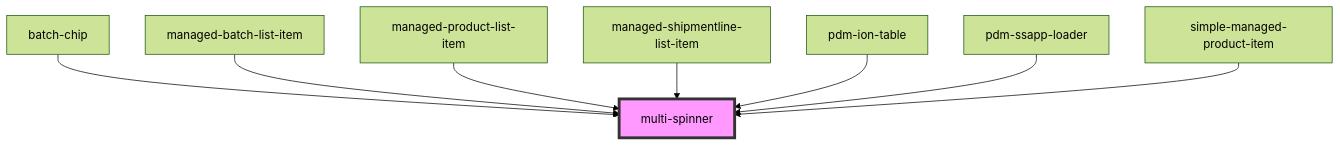
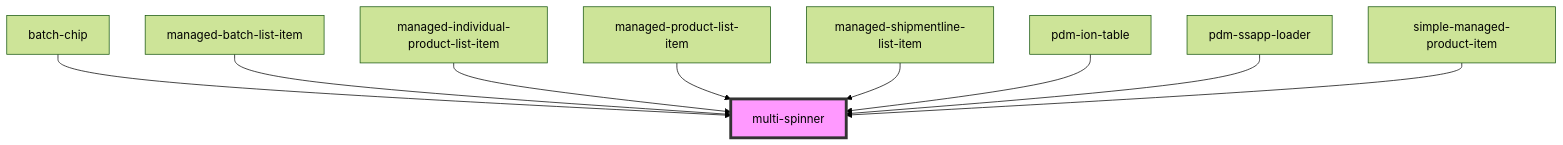
One commit to PharmaLedger-IMI/fgt-workspace changed the diagram in pdm-web-components/src/components/multi-spinner/readme.md. Above: the diagram before and after it, drawn with Mermaid (forest theme). The commit also changed other lines of this file and 41 other files, not shown here.

````diff
--- a/pdm-web-components/src/components/multi-spinner/readme.md
+++ b/pdm-web-components/src/components/multi-spinner/readme.md
@@ -28,11 +29,12 @@
 ```mermaid
 graph TD;
   batch-chip --> multi-spinner
   managed-batch-list-item --> multi-spinner
+  managed-individual-product-list-item --> multi-spinner
   managed-product-list-item --> multi-spinner
   managed-shipmentline-list-item --> multi-spinner
   pdm-ion-table --> multi-spinner
   pdm-ssapp-loader --> multi-spinner
   simple-managed-product-item --> multi-spinner
   style multi-spinner fill:#f9f,stroke:#333,stroke-width:4px
 ```
````
